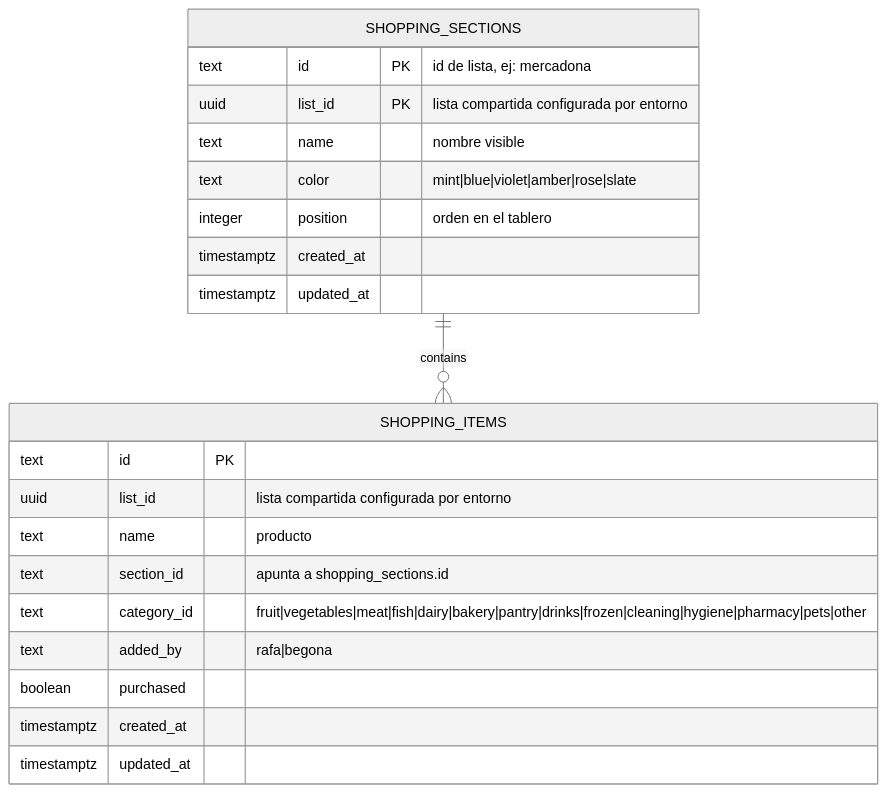
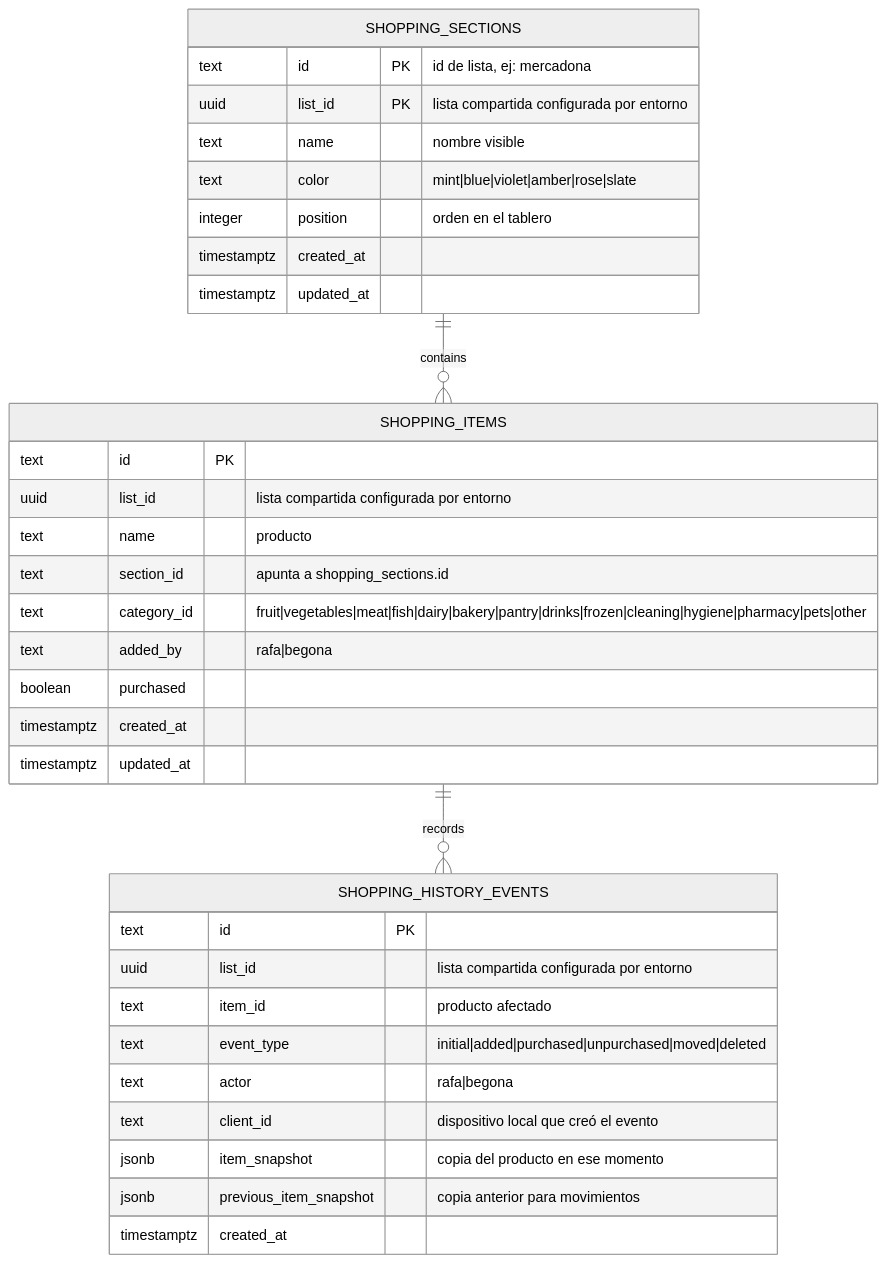
The diagram in docs/database-schema.md (ralph1985/jucart), drawn with Mermaid (neutral theme) before and after one commit. The commit also changed other lines of this file and 14 other files, not shown here.

First line of the commit message:
feat: add shopping history (#14)

````diff
--- a/docs/database-schema.md
+++ b/docs/database-schema.md
@@ -9,26 +9,39 @@
 ```mermaid
 erDiagram
   SHOPPING_SECTIONS ||--o{ SHOPPING_ITEMS : contains
+  SHOPPING_ITEMS ||--o{ SHOPPING_HISTORY_EVENTS : records
 
   SHOPPING_SECTIONS {
     text id PK "id de lista, ej: mercadona"
     uuid list_id PK "lista compartida configurada por entorno"
     text name "nombre visible"
     text color "mint|blue|violet|amber|rose|slate"
     integer position "orden en el tablero"
     timestamptz created_at
     timestamptz updated_at
   }
 
   SHOPPING_ITEMS {
     text id PK
     uuid list_id "lista compartida configurada por entorno"
     text name "producto"
     text section_id "apunta a shopping_sections.id"
     text category_id "fruit|vegetables|meat|fish|dairy|bakery|pantry|drinks|frozen|cleaning|hygiene|pharmacy|pets|other"
     text added_by "rafa|begona"
     boolean purchased
     timestamptz created_at
     timestamptz updated_at
   }
+
+  SHOPPING_HISTORY_EVENTS {
+    text id PK
+    uuid list_id "lista compartida configurada por entorno"
+    text item_id "producto afectado"
+    text event_type "initial|added|purchased|unpurchased|moved|deleted"
+    text actor "rafa|begona"
+    text client_id "dispositivo local que creó el evento"
+    jsonb item_snapshot "copia del producto en ese momento"
+    jsonb previous_item_snapshot "copia anterior para movimientos"
+    timestamptz created_at
+  }
 ```
````
